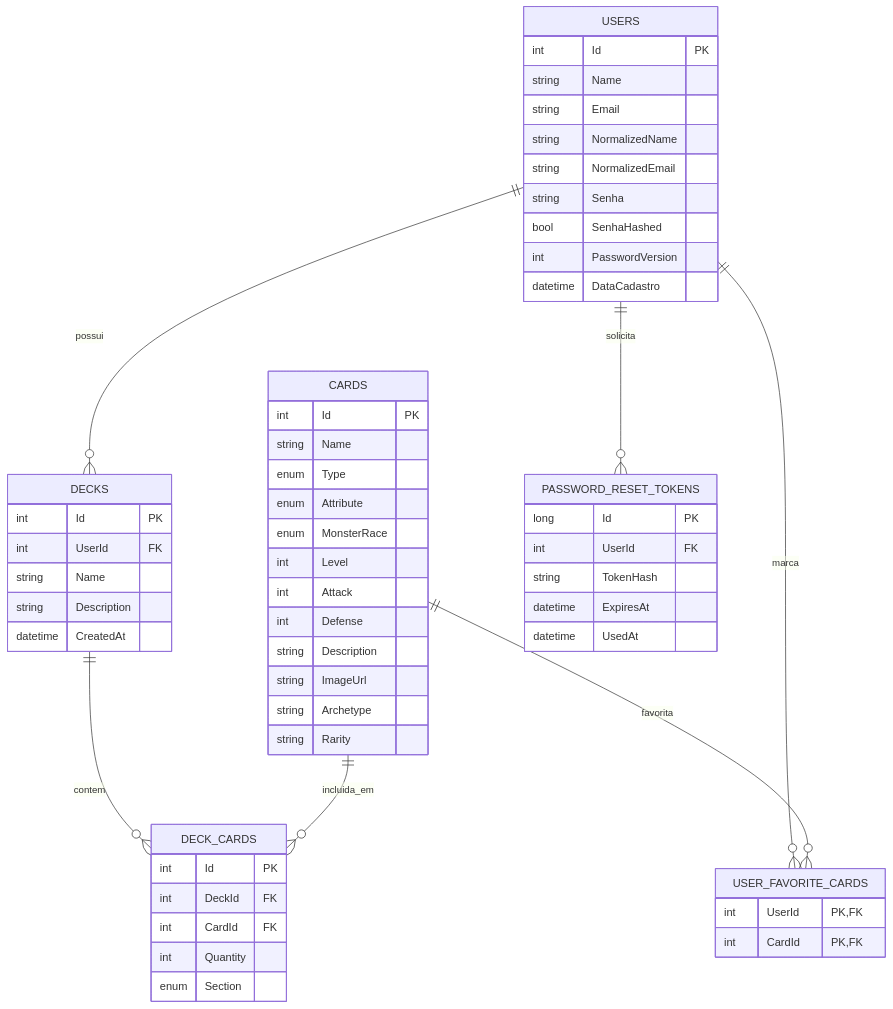
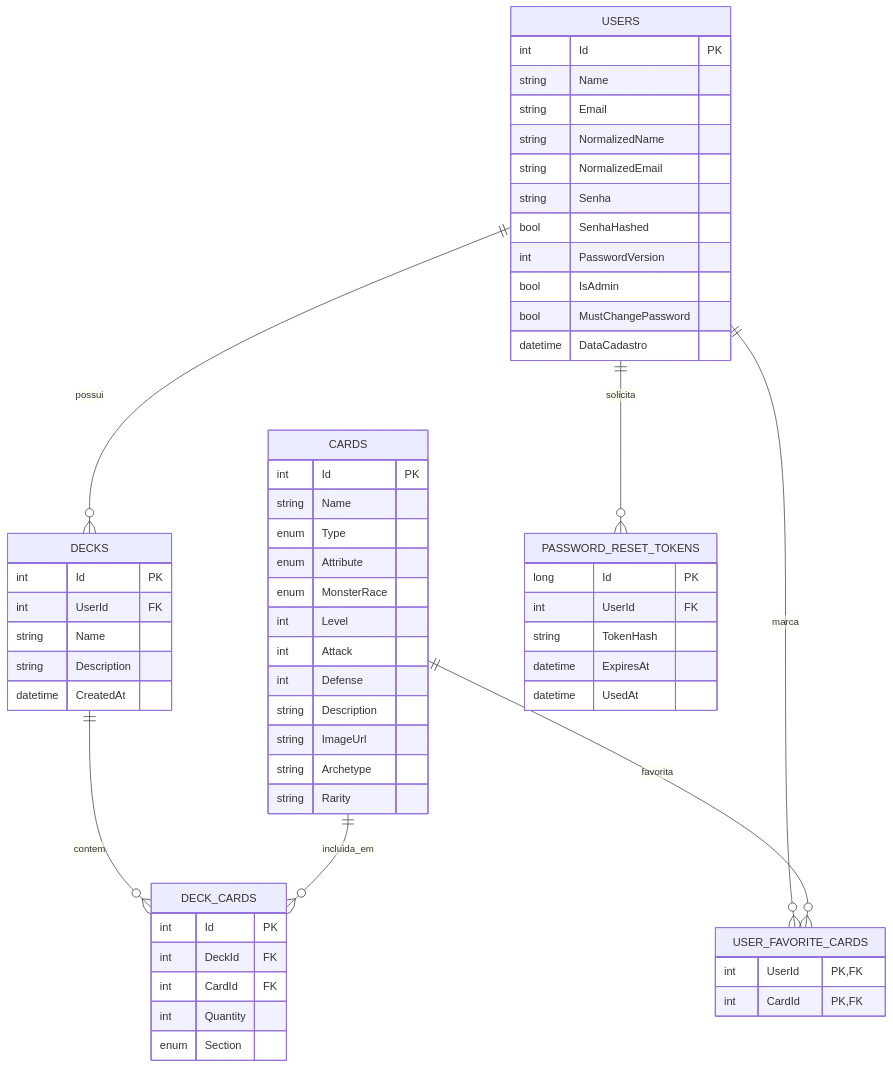
The diagram in docs/database/README.md (Luca-vx/WebYugi), drawn with Mermaid before and after one commit. The commit also changed other lines of this file and 22 other files, not shown here.

````diff
--- a/docs/database/README.md
+++ b/docs/database/README.md
@@ -5,60 +5,62 @@
 ```mermaid
 erDiagram
     USERS {
         int Id PK
         string Name
         string Email
         string NormalizedName
         string NormalizedEmail
         string Senha
         bool SenhaHashed
         int PasswordVersion
+        bool IsAdmin
+        bool MustChangePassword
         datetime DataCadastro
     }
     CARDS {
         int Id PK
         string Name
         enum Type
         enum Attribute
         enum MonsterRace
         int Level
         int Attack
         int Defense
         string Description
         string ImageUrl
         string Archetype
         string Rarity
     }
     DECKS {
         int Id PK
         int UserId FK
         string Name
         string Description
         datetime CreatedAt
     }
     DECK_CARDS {
         int Id PK
         int DeckId FK
         int CardId FK
         int Quantity
         enum Section
     }
     USER_FAVORITE_CARDS {
         int UserId PK, FK
         int CardId PK, FK
     }
     PASSWORD_RESET_TOKENS {
         long Id PK
         int UserId FK
         string TokenHash
         datetime ExpiresAt
         datetime UsedAt
     }
 
     USERS ||--o{ DECKS : possui
     DECKS ||--o{ DECK_CARDS : contem
     CARDS ||--o{ DECK_CARDS : incluida_em
     USERS ||--o{ USER_FAVORITE_CARDS : marca
     CARDS ||--o{ USER_FAVORITE_CARDS : favorita
     USERS ||--o{ PASSWORD_RESET_TOKENS : solicita
 ```
````
